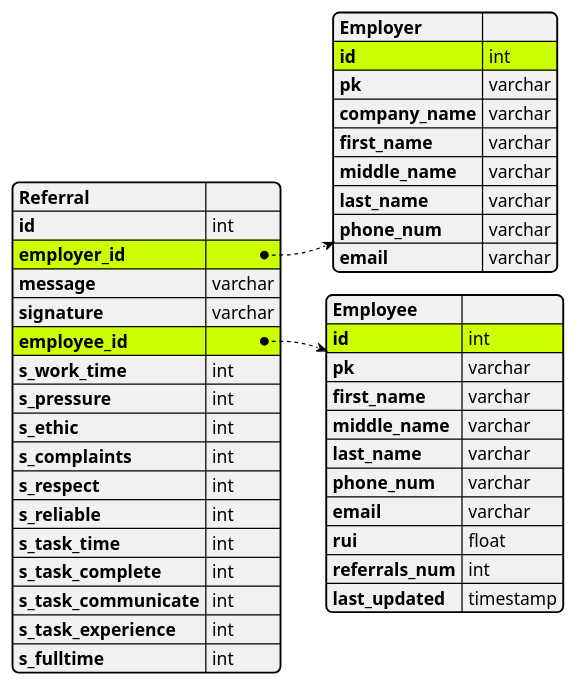
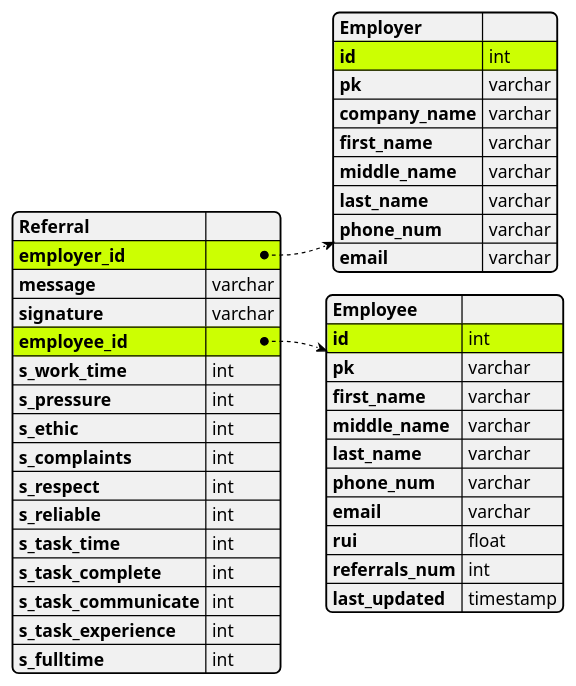
Before and after one commit to davidseddy1/ReputationIndex: the diagram in docs/UML/DB_Schema.puml, drawn with PlantUML.

Commit message:
Update DB_Schema.puml
Remove the referral ID. In addition, the employer_id and empoyee_id are the primary keys for the table.

```diff
--- a/docs/UML/DB_Schema.puml
+++ b/docs/UML/DB_Schema.puml
@@ -1,47 +1,46 @@
 @startjson
 #highlight "employer_id"
 #highlight "employee_id"
 #highlight "employee_id" / "id"
 #highlight "employer_id" / "id"
 {
     "Referral" : "",
-    "id" : "int",
     "employer_id" : {
         "Employer" : "",
         "id" : "int",
         "pk" : "varchar",
         "company_name" : "varchar",        
         "first_name" : "varchar",
         "middle_name" : "varchar",
         "last_name"  : "varchar",
         "phone_num" : "varchar",
         "email" : "varchar"
     },
     "message" : "varchar",
     "signature" : "varchar",
     "employee_id" : {
         "Employee" : "",
         "id" : "int",   
         "pk" : "varchar",
         "first_name" : "varchar",
         "middle_name" : "varchar",
         "last_name"  : "varchar",
         "phone_num" : "varchar",
         "email" : "varchar",
         "rui" : "float",        
         "referrals_num" : "int",
         "last_updated" : "timestamp"
     },
     "s_work_time" : "int",
     "s_pressure" : "int",
     "s_ethic" : "int",
     "s_complaints" : "int",
     "s_respect" : "int",
     "s_reliable" : "int",
     "s_task_time" : "int",
     "s_task_complete" : "int",
     "s_task_communicate" : "int",
     "s_task_experience" : "int",
     "s_fulltime" : "int"
 }
 @endjson
```
